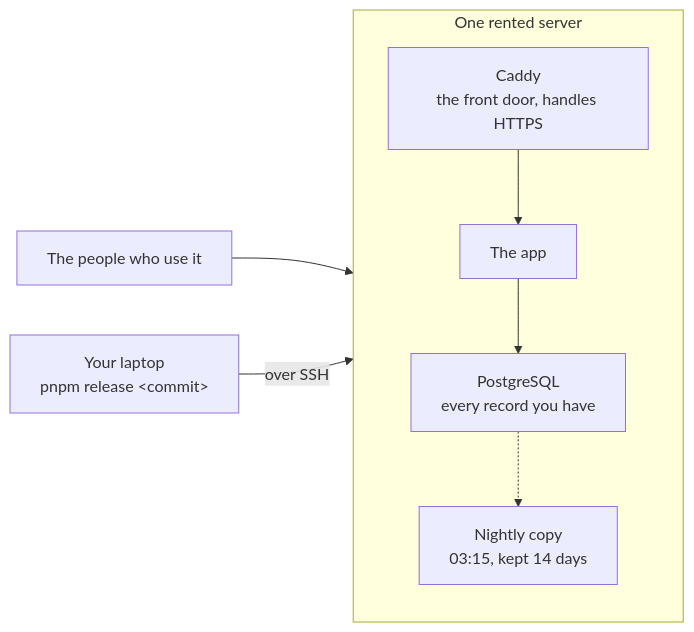
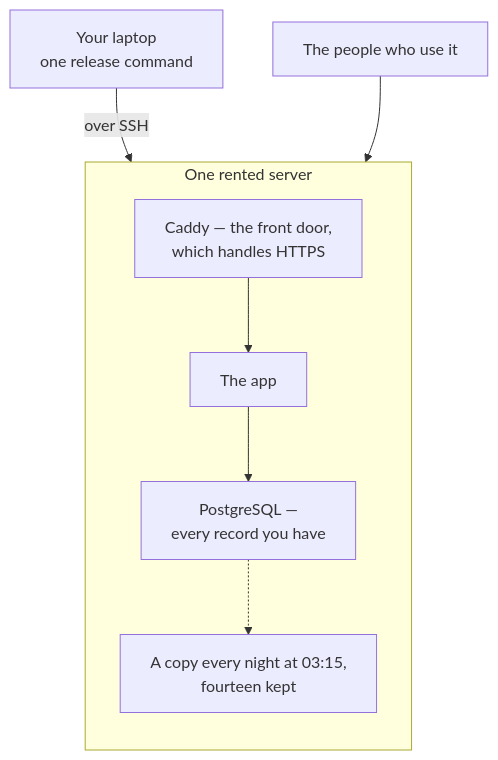
Before and after one commit to brocoders/inhouse-ai-starter-kit: the diagram in docs/site/src/content/docs/guides/publishing.mdx, drawn with Mermaid. The commit also changed 4 other files, not shown here.

````diff
--- a/docs/site/src/content/docs/guides/publishing.mdx
+++ b/docs/site/src/content/docs/guides/publishing.mdx
@@ -18,15 +18,16 @@
 ```mermaid
-flowchart LR
-  Laptop["Your laptop<br/>pnpm release &lt;commit&gt;"]
+flowchart TB
+  Laptop["Your laptop<br/>one release command"]
+  People["The people who use it"]
   subgraph Server["One rented server"]
     direction TB
-    Caddy["Caddy<br/>the front door, handles HTTPS"]
+    Caddy["Caddy — the front door,<br/>which handles HTTPS"]
     App["The app"]
-    DB["PostgreSQL<br/>every record you have"]
-    Backup["Nightly copy<br/>03:15, kept 14 days"]
+    DB["PostgreSQL —<br/>every record you have"]
+    Backup["A copy every night at 03:15,<br/>fourteen kept"]
     Caddy --> App --> DB
     DB -.-> Backup
   end
-  People["The people who use it"] --> Caddy
-  Laptop -->|"over SSH"| Server
+  Laptop -->|"over SSH"| Caddy
+  People --> Caddy
 ```
````
